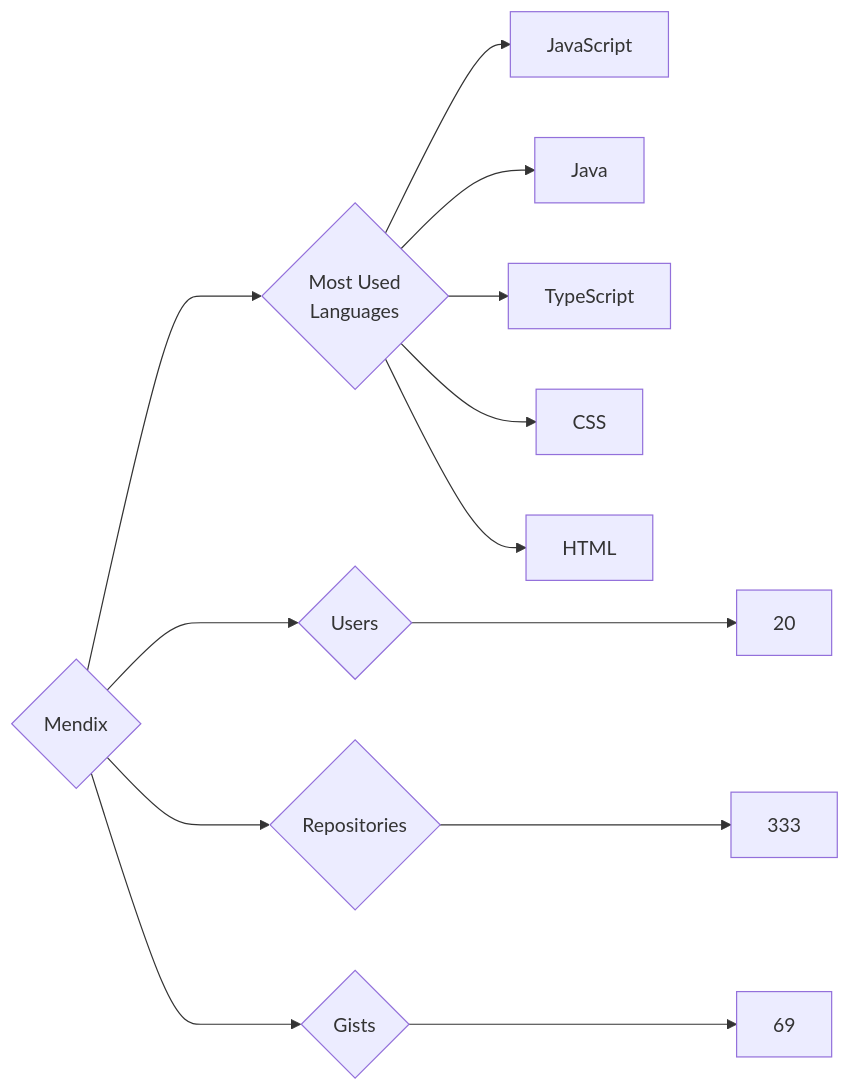
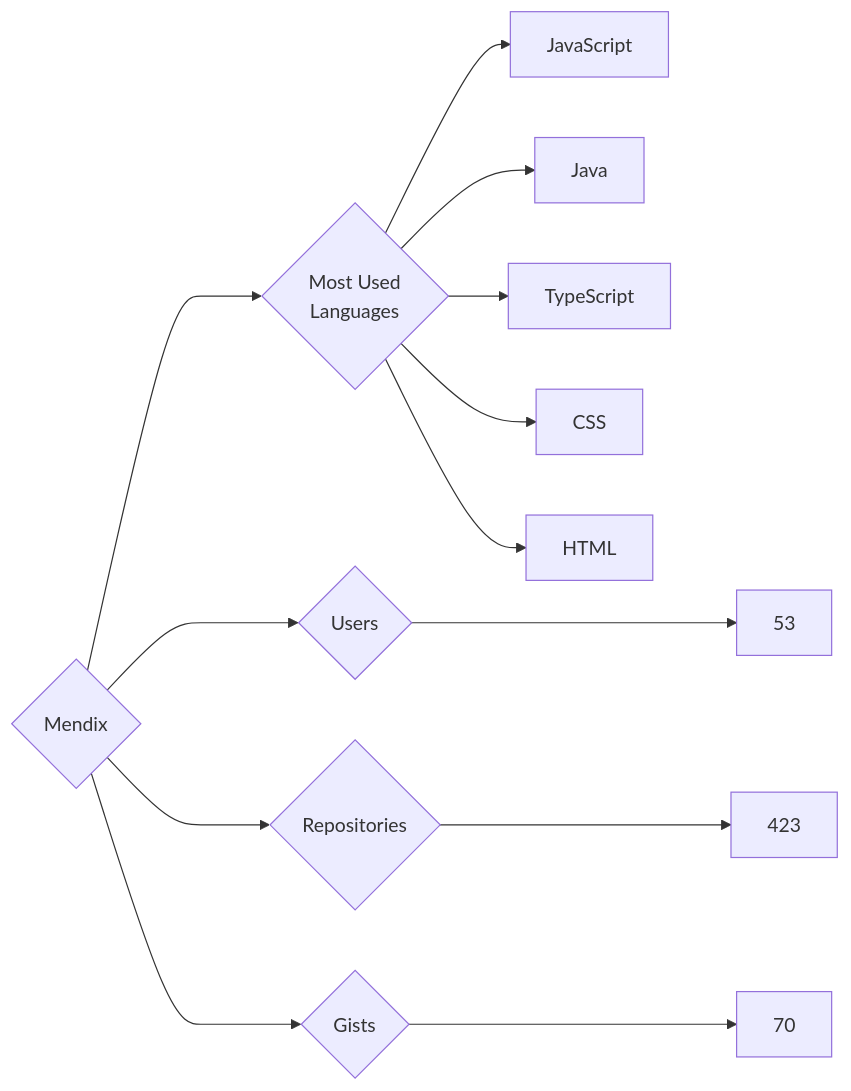
One commit to trickest/insiders changed the diagram in targets/Mendix/README.md. Above: the diagram before and after it, drawn with Mermaid. The commit also changed 695 other files, not shown here.

````diff
--- a/targets/Mendix/README.md
+++ b/targets/Mendix/README.md
@@ -3,13 +3,13 @@
 ```mermaid
 graph LR
 COMPANY_NAME{Mendix}
-COMPANY_NAME ---> U{Users} ---> UN[20]
-COMPANY_NAME ---> R{Repositories} ---> RN[333]
-COMPANY_NAME ---> G{Gists} ---> GN[69]
+COMPANY_NAME ---> U{Users} ---> UN[53]
+COMPANY_NAME ---> R{Repositories} ---> RN[423]
+COMPANY_NAME ---> G{Gists} ---> GN[70]
 COMPANY_NAME ---> ML{Most Used<br>Languages}
 ML --> JavaScript[JavaScript]
 ML --> Java[Java]
 ML --> TypeScript[TypeScript]
 ML --> CSS[CSS]
 ML --> HTML[HTML]
 ```
````
